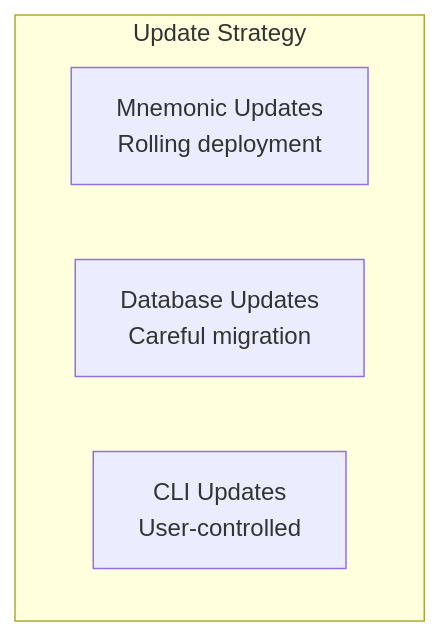
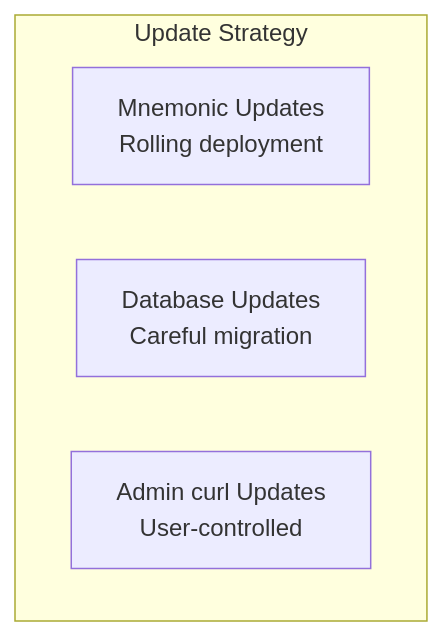
Before and after one commit to twistingmercury/mnemonic-mcp: the fifth of 7 diagrams in docs/architecture/05-deployment-architecture.md, drawn with Mermaid. The commit also changed other lines of this file and 63 other files, not shown here.

````diff
--- a/docs/architecture/05-deployment-architecture.md
+++ b/docs/architecture/05-deployment-architecture.md
@@ -226,8 +230,8 @@
 ```mermaid
 graph TB
     subgraph "Update Strategy"
         MN_UP[Mnemonic Updates<br/>Rolling deployment]
         DB_UP[Database Updates<br/>Careful migration]
-        CLI_UP[CLI Updates<br/>User-controlled]
+        ADMIN_UP[Admin curl Updates<br/>User-controlled]
     end
 ```
````
